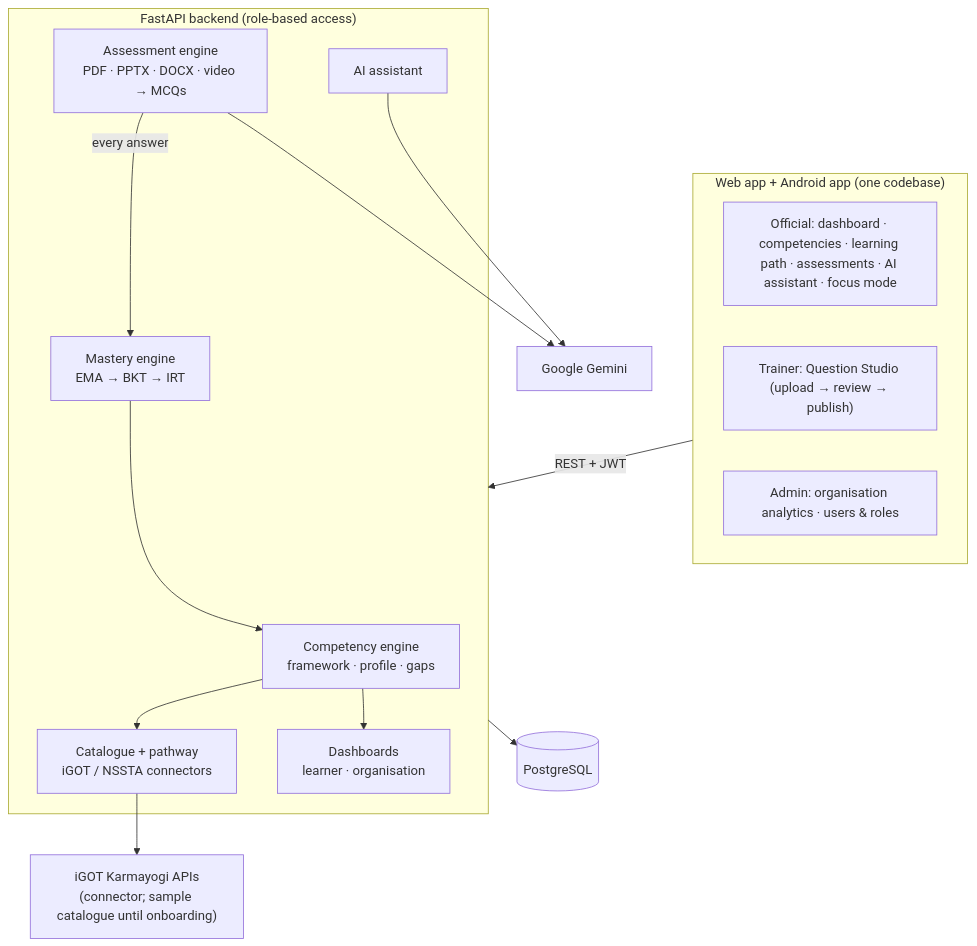
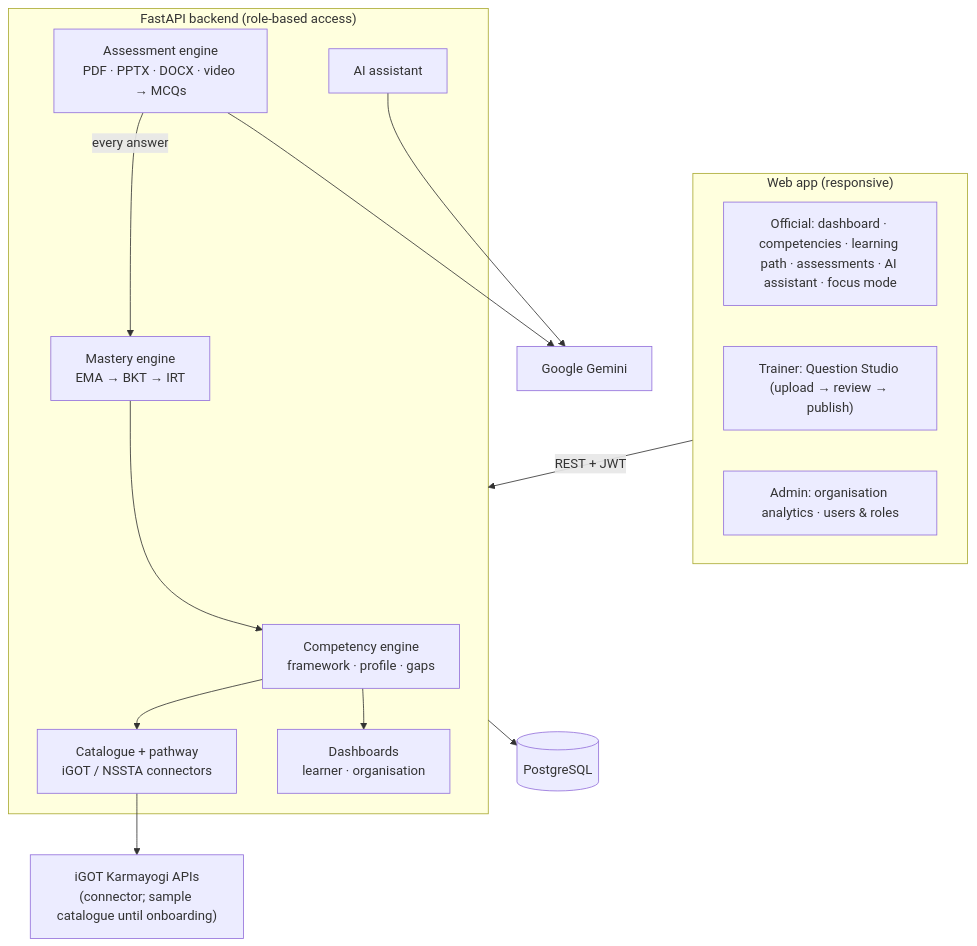
One commit to adarsh-67r/Anvesh changed the diagram in README.md. Above: the diagram before and after it, drawn with Mermaid. The commit also changed other lines of this file and 1 other file, not shown here.

Commit message:
Drop the Android APK workflow; PS 26101 ships as a web app

````diff
--- a/README.md
+++ b/README.md
@@ -83,28 +83,28 @@
 ```mermaid
 flowchart TB
-    subgraph Client["Web app + Android app (one codebase)"]
+    subgraph Client["Web app (responsive)"]
         L["Official: dashboard · competencies · learning path · assessments · AI assistant · focus mode"]
         T["Trainer: Question Studio (upload → review → publish)"]
         A["Admin: organisation analytics · users & roles"]
     end
     subgraph API["FastAPI backend (role-based access)"]
         C["Competency engine<br/>framework · profile · gaps"]
         M["Mastery engine<br/>EMA → BKT → IRT"]
         R["Catalogue + pathway<br/>iGOT / NSSTA connectors"]
         Q["Assessment engine<br/>PDF · PPTX · DOCX · video → MCQs"]
         D["Dashboards<br/>learner · organisation"]
         AI["AI assistant"]
     end
     LLM["Google Gemini"]
     DB[("PostgreSQL")]
     IGOT["iGOT Karmayogi APIs<br/>(connector; sample catalogue until onboarding)"]
     Client -->|REST + JWT| API
     Q --> LLM
     AI --> LLM
     R --> IGOT
     API --> DB
     Q -->|every answer| M
     M --> C
     C --> R
     C --> D
 ```
````
